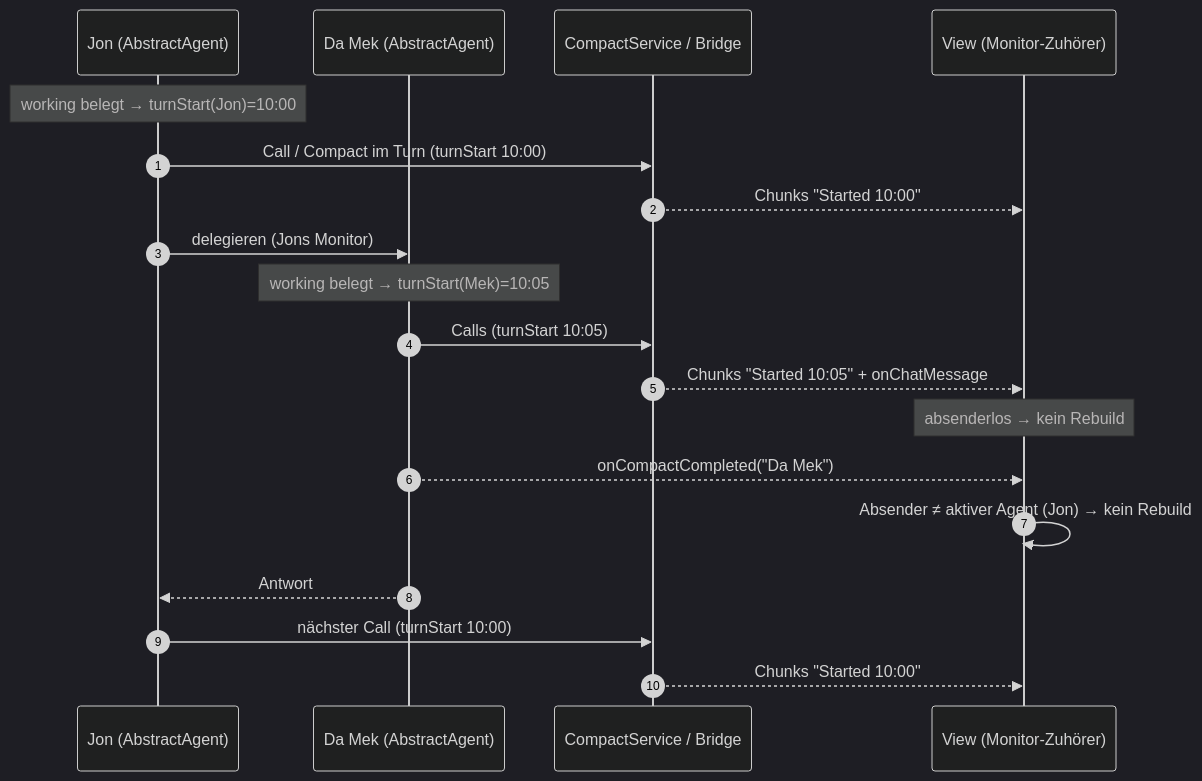
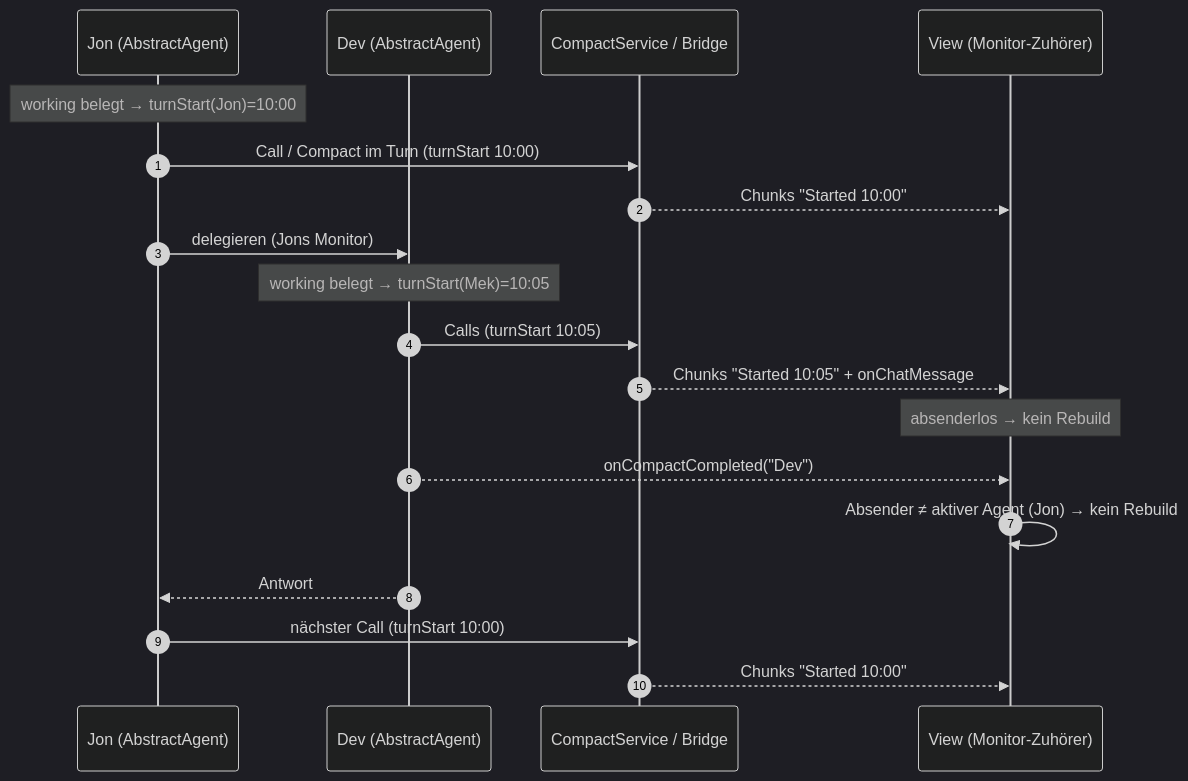
Before and after one commit to pijulius/eclipse-peon-ai: the second of 3 diagrams in org.sterl.llmpeon.core/docs/compact-architektur.md, drawn with Mermaid (dark theme). The commit also changed other lines of this file and 193 other files, not shown here.

````diff
--- a/org.sterl.llmpeon.core/docs/compact-architektur.md
+++ b/org.sterl.llmpeon.core/docs/compact-architektur.md
@@ -129,22 +129,22 @@
 ```mermaid
 sequenceDiagram
     autonumber
     participant J as Jon (AbstractAgent)
-    participant Mk as Da Mek (AbstractAgent)
+    participant Mk as Dev (AbstractAgent)
     participant S as CompactService / Bridge
     participant V as View (Monitor-Zuhörer)
 
     Note over J: working belegt → turnStart(Jon)=10:00
     J->>S: Call / Compact im Turn (turnStart 10:00)
     S-->>V: Chunks "Started 10:00"
     J->>Mk: delegieren (Jons Monitor)
     Note over Mk: working belegt → turnStart(Mek)=10:05
     Mk->>S: Calls (turnStart 10:05)
     S-->>V: Chunks "Started 10:05" + onChatMessage
     Note over V: absenderlos → kein Rebuild
-    Mk-->>V: onCompactCompleted("Da Mek")
+    Mk-->>V: onCompactCompleted("Dev")
     V->>V: Absender ≠ aktiver Agent (Jon) → kein Rebuild
     Mk-->>J: Antwort
     J->>S: nächster Call (turnStart 10:00)
     S-->>V: Chunks "Started 10:00"
 ```
````
